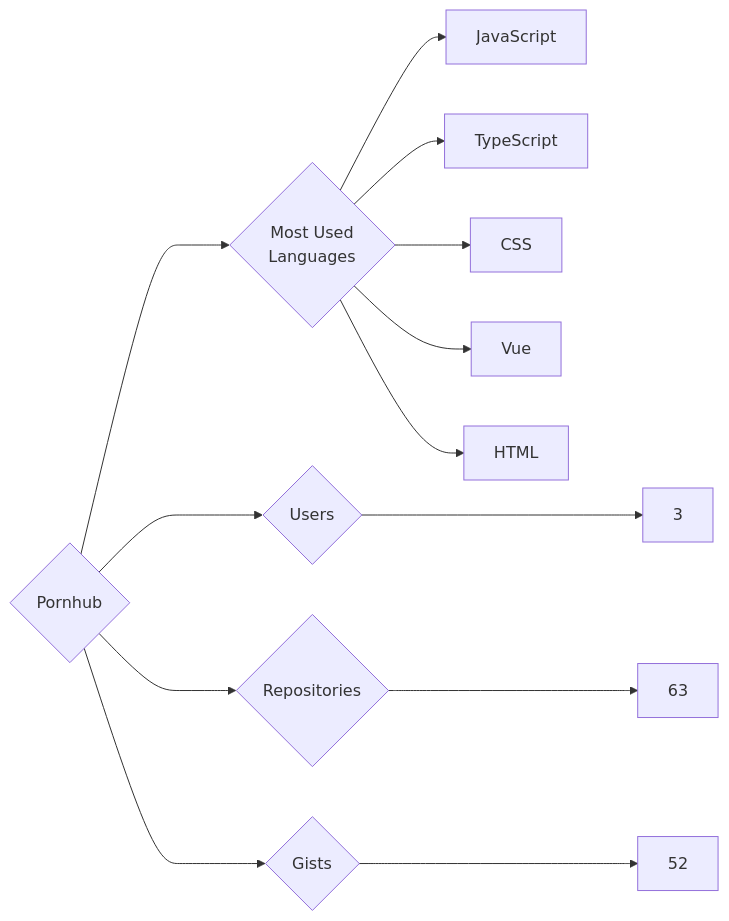
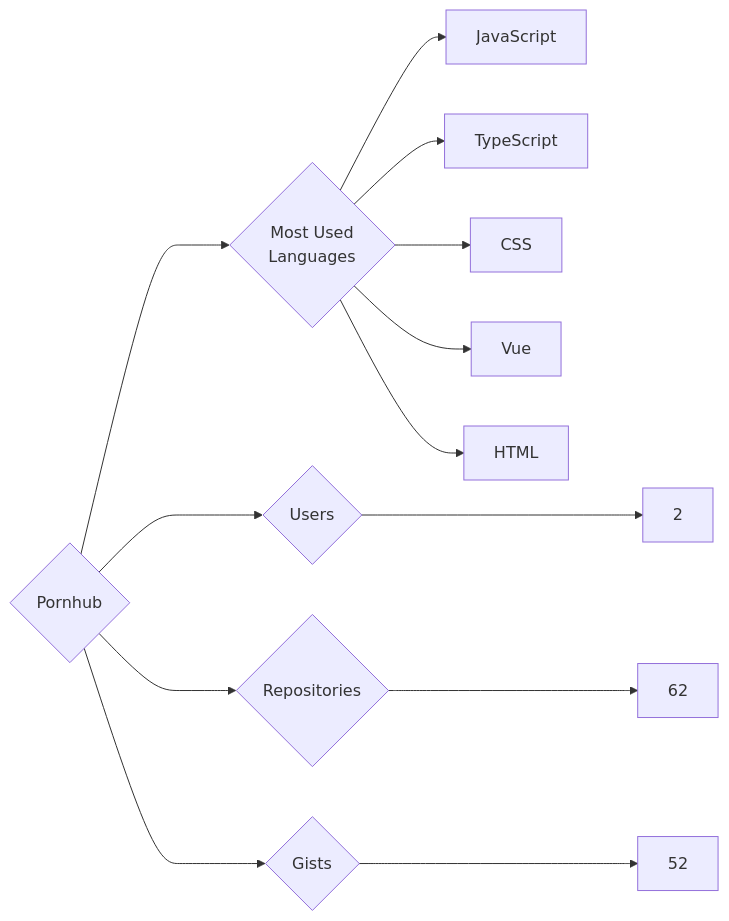
One commit to trickest/insiders changed the diagram in targets/Pornhub/README.md. Above: the diagram before and after it, drawn with Mermaid. The commit also changed 799 other files, not shown here.

````diff
--- a/targets/Pornhub/README.md
+++ b/targets/Pornhub/README.md
@@ -3,13 +3,13 @@
 ```mermaid
 graph LR
 COMPANY_NAME{Pornhub}
-COMPANY_NAME ---> U{Users} ---> UN[3]
-COMPANY_NAME ---> R{Repositories} ---> RN[63]
+COMPANY_NAME ---> U{Users} ---> UN[2]
+COMPANY_NAME ---> R{Repositories} ---> RN[62]
 COMPANY_NAME ---> G{Gists} ---> GN[52]
 COMPANY_NAME ---> ML{Most Used<br>Languages}
 ML --> JavaScript[JavaScript]
 ML --> TypeScript[TypeScript]
 ML --> CSS[CSS]
 ML --> Vue[Vue]
 ML --> HTML[HTML]
 ```
````
